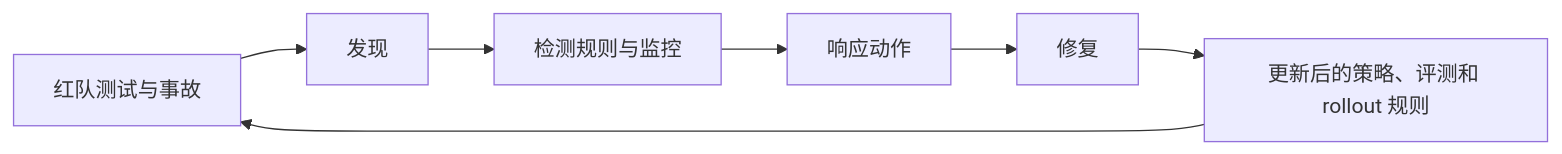
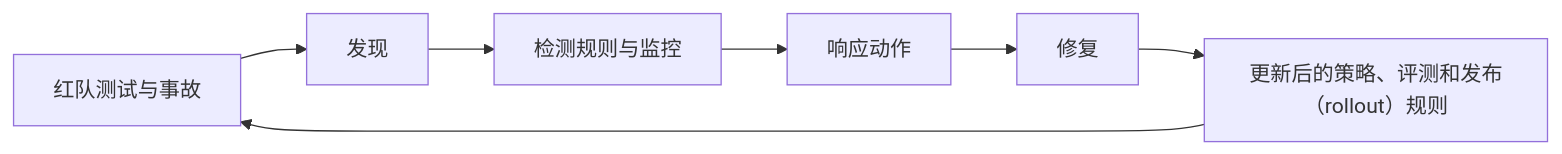
The diagram in docs/book/part-viii/chapter-21.zh.md (agent-axiom/agent-arch), drawn with Mermaid before and after one commit. The commit also changed 1 other file, not shown here.

Commit message:
Localize chapter 21 Chinese rollout diagram label

````diff
--- a/docs/book/part-viii/chapter-21.zh.md
+++ b/docs/book/part-viii/chapter-21.zh.md
@@ -174,9 +174,9 @@
 ``` mermaid
 flowchart LR
     A["红队测试与事故"] --> B["发现"]
     B --> C["检测规则与监控"]
     C --> D["响应动作"]
     D --> E["修复"]
-    E --> F["更新后的策略、评测和 rollout 规则"]
+    E --> F["更新后的策略、评测和发布（rollout）规则"]
     F --> A
 ```
````
